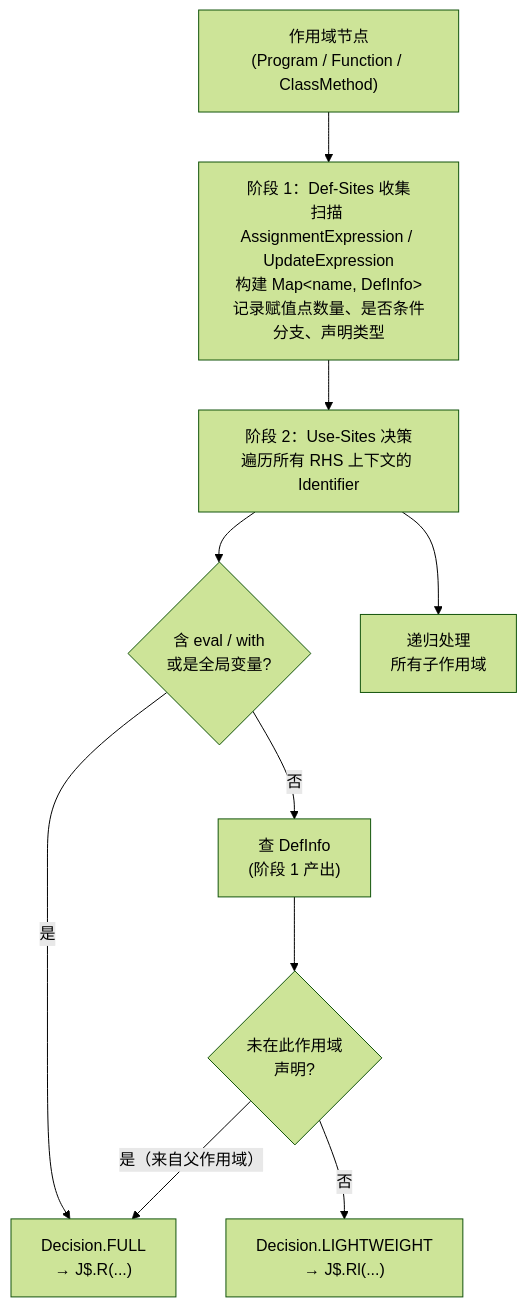
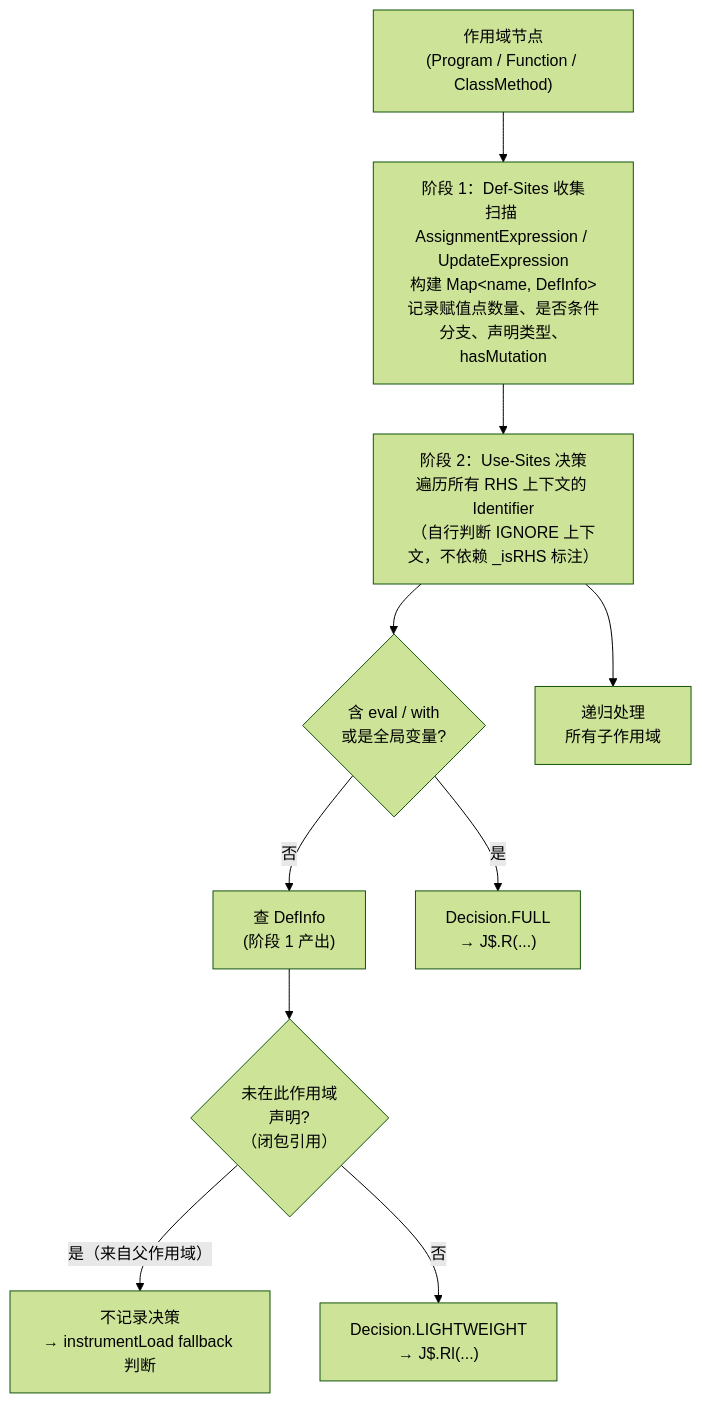
One commit to fuckreverse/Jani changed the third of 4 diagrams in docs/Instrumentation-Engine.md. Above: the diagram before and after it, drawn with Mermaid (forest theme). The commit also changed other lines of this file and 3 other files, not shown here.

````diff
--- a/docs/Instrumentation-Engine.md
+++ b/docs/Instrumentation-Engine.md
@@ -355,21 +366,22 @@
 ```mermaid
 flowchart TD
     SCOPE_NODE["作用域节点\n(Program / Function / ClassMethod)"]
-    PHASE1["阶段 1：Def-Sites 收集\n扫描 AssignmentExpression / UpdateExpression\n构建 Map&lt;name, DefInfo&gt;\n记录赋值点数量、是否条件分支、声明类型"]
-    PHASE2["阶段 2：Use-Sites 决策\n遍历所有 RHS 上下文的 Identifier"]
+    PHASE1["阶段 1：Def-Sites 收集\n扫描 AssignmentExpression / UpdateExpression\n构建 Map&lt;name, DefInfo&gt;\n记录赋值点数量、是否条件分支、声明类型、hasMutation"]
+    PHASE2["阶段 2：Use-Sites 决策\n遍历所有 RHS 上下文的 Identifier\n（自行判断 IGNORE 上下文，不依赖 _isRHS 标注）"]
     UNSAFE{"含 eval / with\n或是全局变量?"}
     DEFINFO["查 DefInfo\n(阶段 1 产出)"]
-    NODEF{"未在此作用域\n声明?"}
+    NODEF{"未在此作用域\n声明?\n（闭包引用）"}
+    FALLBACK["不记录决策\n→ instrumentLoad fallback 判断"]
     FULL["Decision.FULL\n→ J$.R(...)"]
     LIGHT["Decision.LIGHTWEIGHT\n→ J$.Rl(...)"]
     RECURSE["递归处理\n所有子作用域"]
 
     SCOPE_NODE --> PHASE1 --> PHASE2
     PHASE2 --> UNSAFE
     UNSAFE -->|"是"| FULL
     UNSAFE -->|"否"| DEFINFO
     DEFINFO --> NODEF
-    NODEF -->|"是（来自父作用域）"| FULL
+    NODEF -->|"是（来自父作用域）"| FALLBACK
     NODEF -->|"否"| LIGHT
     PHASE2 --> RECURSE
 ```
````
